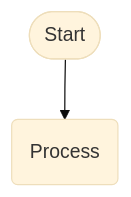
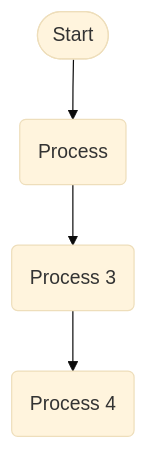
Before and after one commit to pingpm/mermaid_vault: the diagram in mmd/213_c5af034f-6234-41e3-b9bf-ef52cf6f449c.mmd, drawn with Mermaid (base theme). The commit also changed 3 other files, not shown here.

Commit message:
Sync Mermaid Studio data (23 diagrams)

```diff
--- a/mmd/213_c5af034f-6234-41e3-b9bf-ef52cf6f449c.mmd
+++ b/mmd/213_c5af034f-6234-41e3-b9bf-ef52cf6f449c.mmd
@@ -1,4 +1,8 @@
 flowchart TD
   n_0(["Start"])
   n_1("Process")
+  n_2("Process 3")
+  n_3("Process 4")
   n_0 --> n_1
+  n_2 --> n_3
+  n_1 --> n_2
```
